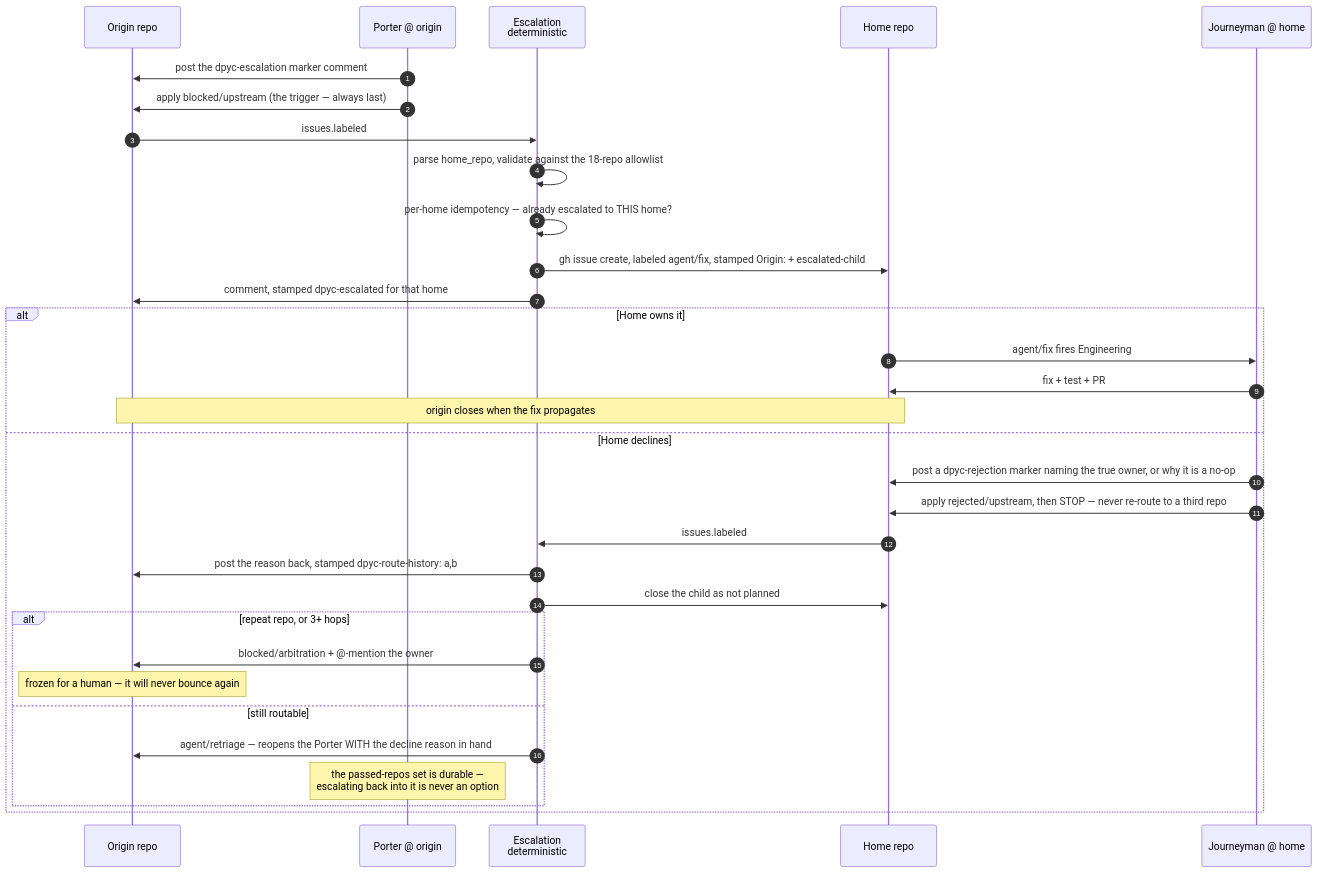
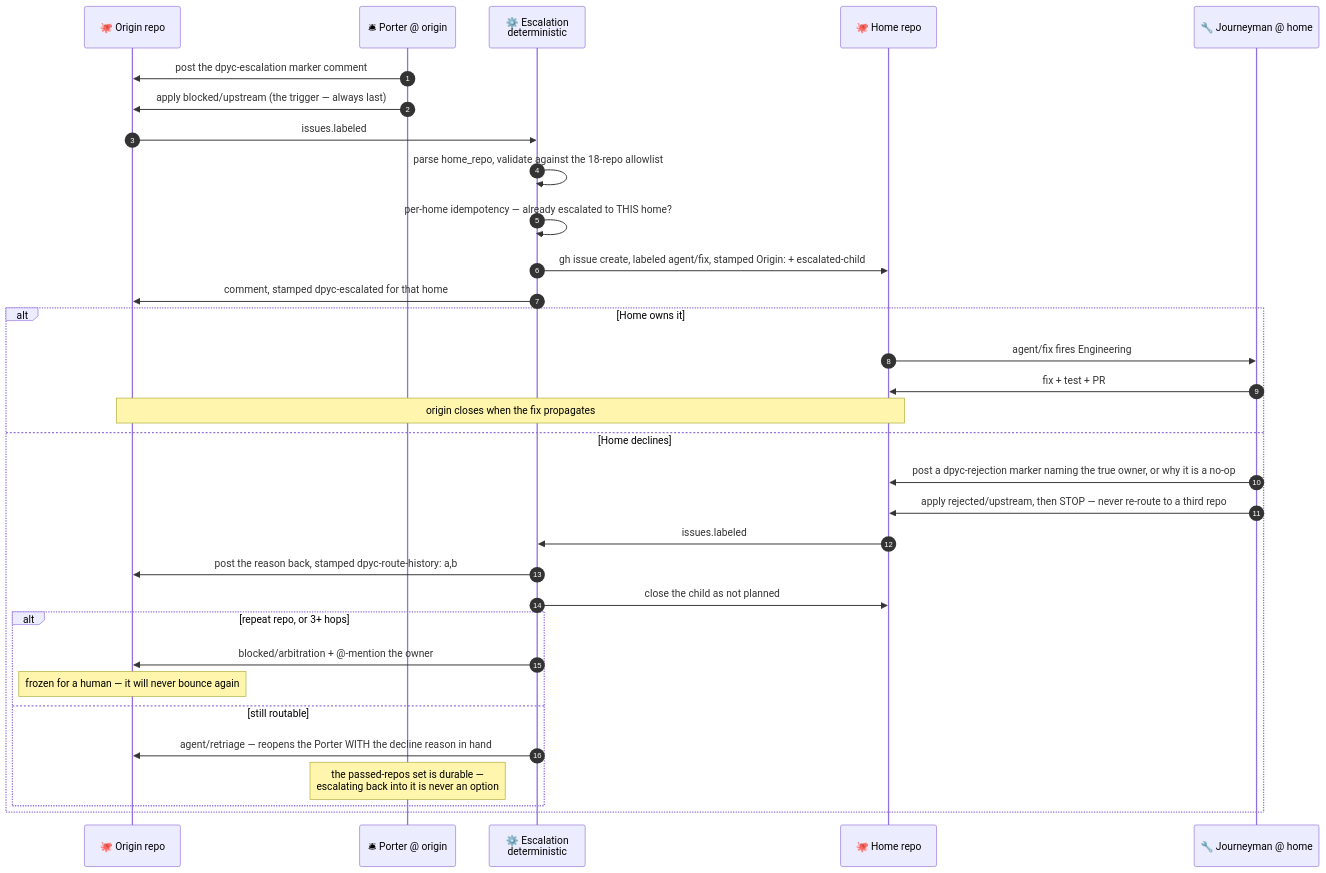
The sixth of 6 diagrams in docs/model/diagrams.md (lonniev/dpyc-community), drawn with Mermaid before and after one commit. The commit also changed other lines of this file and 2 other files, not shown here.

First line of the commit message:
Widen the text, unindent the headings, and give the diagrams a visual language

````diff
--- a/docs/model/diagrams.md
+++ b/docs/model/diagrams.md
@@ -338,36 +368,36 @@
 ```mermaid
 sequenceDiagram
     autonumber
-    participant O as Origin repo
-    participant P as Porter @ origin
-    participant E as Escalation<br/>deterministic
-    participant H as Home repo
-    participant J as Journeyman @ home
+    participant O as 🐙 Origin repo
+    participant P as 🛎 Porter @ origin
+    participant E as ⚙️ Escalation<br/>deterministic
+    participant H as 🐙 Home repo
+    participant J as 🔧 Journeyman @ home
 
     P->>O: post the dpyc-escalation marker comment
     P->>O: apply blocked/upstream (the trigger — always last)
     O->>E: issues.labeled
     E->>E: parse home_repo, validate against the 18-repo allowlist
     E->>E: per-home idempotency — already escalated to THIS home?
     E->>H: gh issue create, labeled agent/fix, stamped Origin: + escalated-child
     E->>O: comment, stamped dpyc-escalated for that home
 
     alt Home owns it
         H->>J: agent/fix fires Engineering
         J->>H: fix + test + PR
         Note over O,H: origin closes when the fix propagates
     else Home declines
         J->>H: post a dpyc-rejection marker naming the true owner, or why it is a no-op
         J->>H: apply rejected/upstream, then STOP — never re-route to a third repo
         H->>E: issues.labeled
         E->>O: post the reason back, stamped dpyc-route-history: a,b
         E->>H: close the child as not planned
         alt repeat repo, or 3+ hops
             E->>O: blocked/arbitration + @-mention the owner
             Note over O: frozen for a human — it will never bounce again
         else still routable
             E->>O: agent/retriage — reopens the Porter WITH the decline reason in hand
             Note over P: the passed-repos set is durable —<br/>escalating back into it is never an option
         end
     end
 ```
````
